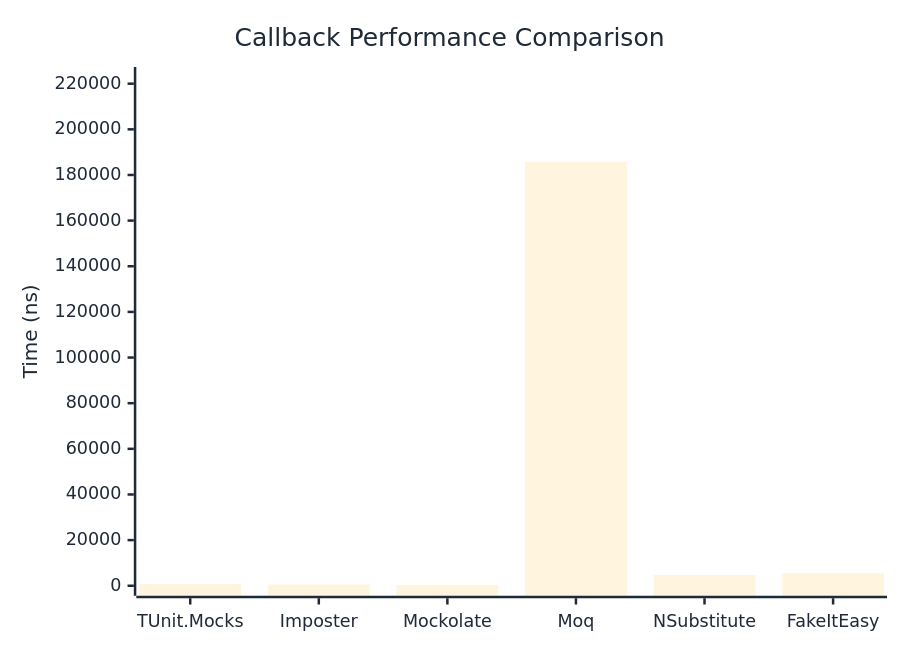
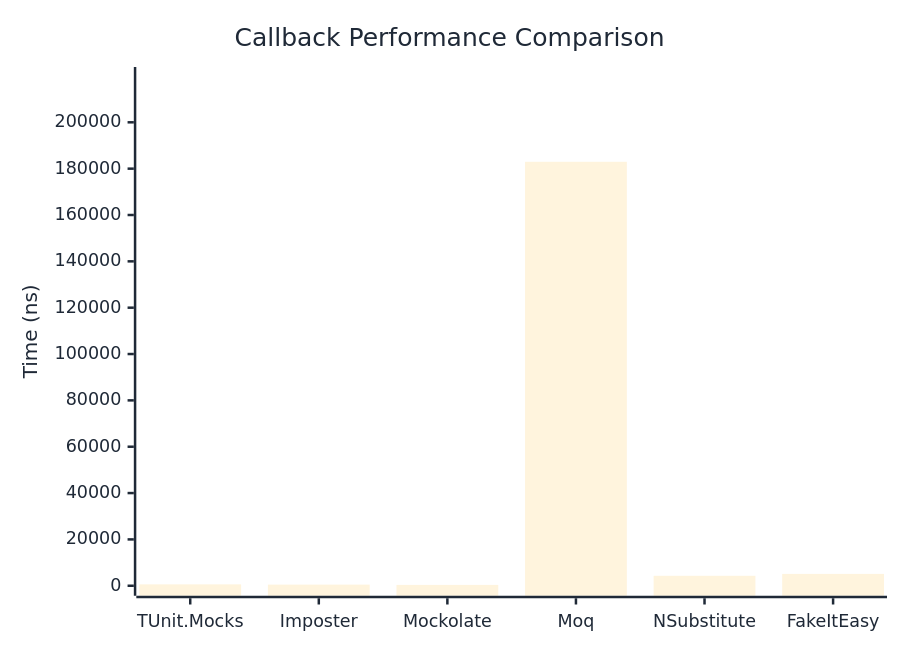
Before and after one commit to thomhurst/TUnit: the first of 2 diagrams in docs/docs/benchmarks/mocks/Callback.md, drawn with Mermaid. The commit also changed other lines of this file and 14 other files, not shown here.

````diff
--- a/docs/docs/benchmarks/mocks/Callback.md
+++ b/docs/docs/benchmarks/mocks/Callback.md
@@ -28,27 +28,27 @@
 ```mermaid
 %%{init: {
   'theme':'base',
   'themeVariables': {
     'primaryColor': '#2563eb',
     'primaryTextColor': '#1f2937',
     'primaryBorderColor': '#1e40af',
     'lineColor': '#6b7280',
     'secondaryColor': '#7c3aed',
     'tertiaryColor': '#dc2626',
     'background': '#ffffff',
     'pie1': '#2563eb',
     'pie2': '#7c3aed',
     'pie3': '#dc2626',
     'pie4': '#f59e0b',
     'pie5': '#10b981',
     'pie6': '#06b6d4',
     'pie7': '#ec4899',
     'pie8': '#6366f1'
   }
 }}%%
 xychart-beta
   title "Callback Performance Comparison"
   x-axis ["TUnit.Mocks", "Imposter", "Mockolate", "Moq", "NSubstitute", "FakeItEasy"]
-  y-axis "Time (ns)" 0 --> 222933
-  bar [700, 538.8, 397, 185777.2, 4695.5, 5420]
+  y-axis "Time (ns)" 0 --> 219554
+  bar [605.6, 484, 364.9, 182961.2, 4297.8, 5108.9]
 ```
````
